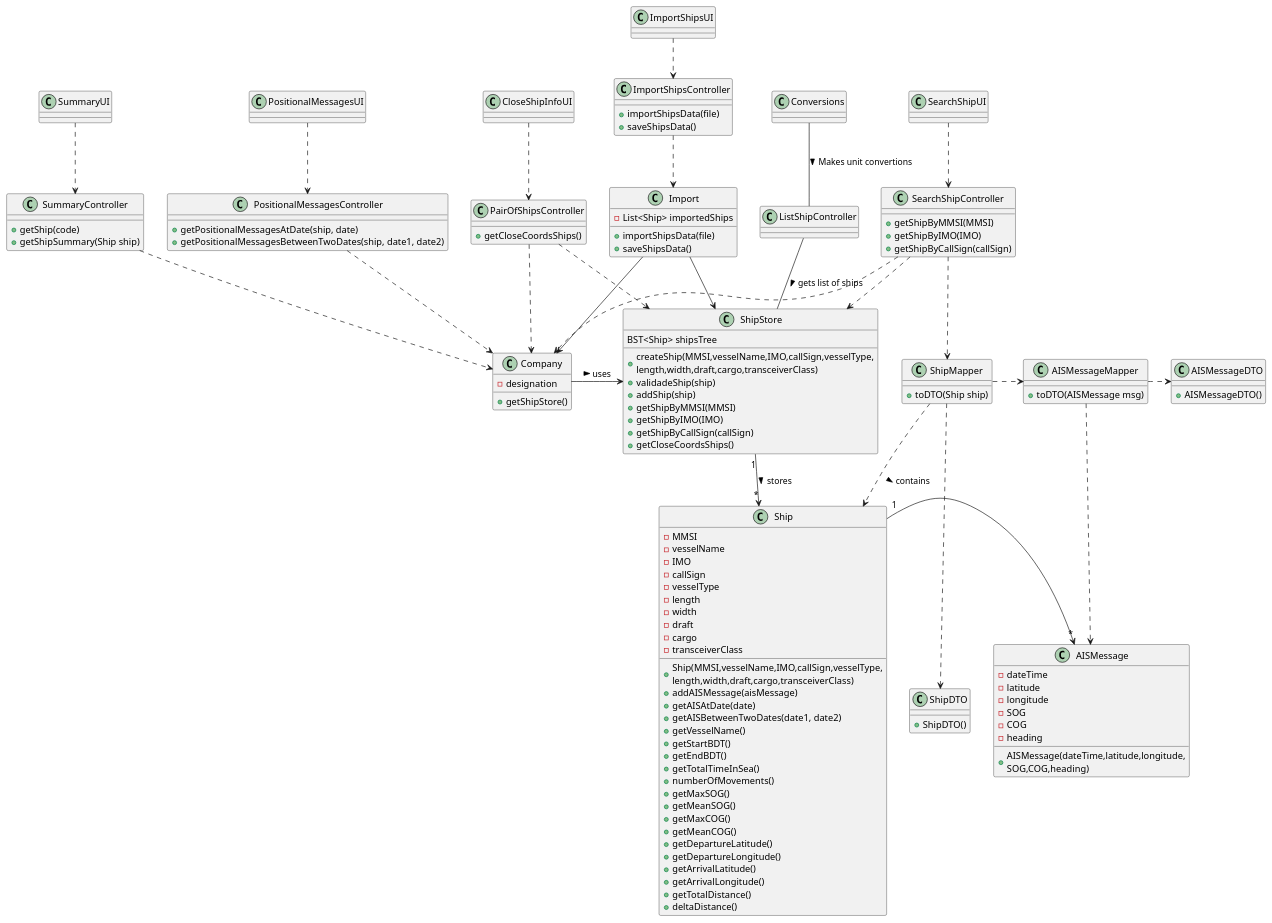
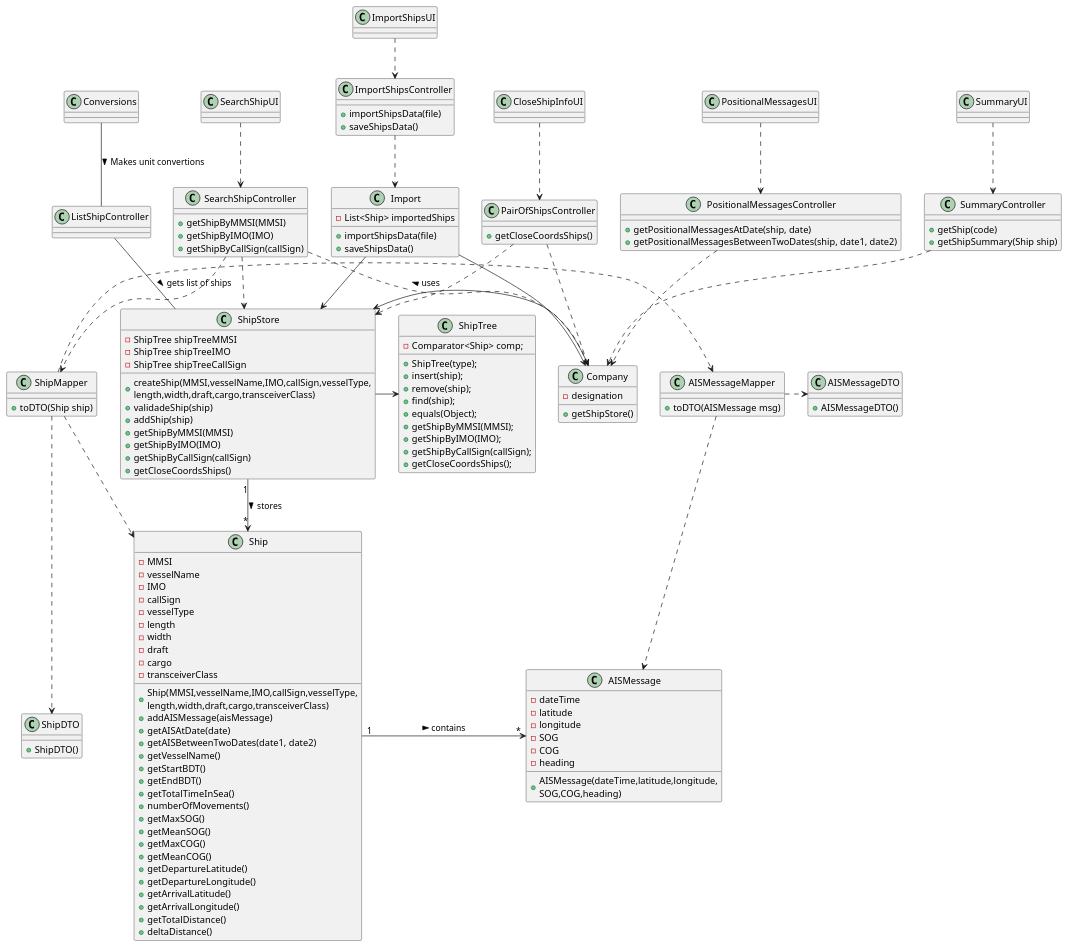
One commit to mpoboas/lapr3-2021-g102 changed the diagram in docs/Sprint1/General Class Diagram.puml. Above: the diagram before and after it, drawn with PlantUML. The commit also changed 5 other files, not shown here.

Commit message:
Added the shipTree class to some diagrams

```diff
--- a/docs/Sprint1/General Class Diagram.puml
+++ b/docs/Sprint1/General Class Diagram.puml
@@ -1,164 +1,178 @@
 @startuml
 'https://plantuml.com/class-diagram
 
 class Company {
 -designation
 +getShipStore()
 }
 
 class ShipStore{
-BST<Ship> shipsTree
+-ShipTree shipTreeMMSI
+-ShipTree shipTreeIMO
+-ShipTree shipTreeCallSign
 +createShip(MMSI,vesselName,IMO,callSign,vesselType,\nlength,width,draft,cargo,transceiverClass)
 +validadeShip(ship)
 +addShip(ship)
 +getShipByMMSI(MMSI)
 +getShipByIMO(IMO)
 +getShipByCallSign(callSign)
 +getCloseCoordsShips()
 }
 
 
 class Ship{
 -MMSI
 -vesselName
 -IMO
 -callSign
 -vesselType
 -length
 -width
 -draft
 -cargo
 -transceiverClass
 +Ship(MMSI,vesselName,IMO,callSign,vesselType,\nlength,width,draft,cargo,transceiverClass)
 +addAISMessage(aisMessage)
 +getAISAtDate(date)
 +getAISBetweenTwoDates(date1, date2)
 +getVesselName()
 +getStartBDT()
 +getEndBDT()
 +getTotalTimeInSea()
 +numberOfMovements()
 +getMaxSOG()
 +getMeanSOG()
 +getMaxCOG()
 +getMeanCOG()
 +getDepartureLatitude()
 +getDepartureLongitude()
 +getArrivalLatitude()
 +getArrivalLongitude()
 +getTotalDistance()
 +deltaDistance()
 }
 
+class ShipTree{
+-Comparator<Ship> comp;
++ShipTree(type);
++insert(ship);
++remove(ship);
++find(ship);
++equals(Object);
++getShipByMMSI(MMSI);
++getShipByIMO(IMO);
++getShipByCallSign(callSign);
++getCloseCoordsShips();
+}
 class AISMessage{
 -dateTime
 -latitude
 -longitude
 -SOG
 -COG
 -heading
 +AISMessage(dateTime,latitude,longitude,\nSOG,COG,heading)
 }
 class ImportShipsUI {
 }
 
 
 class ImportShipsController {
 +importShipsData(file)
 +saveShipsData()
 }
 
 class Import{
 -List<Ship> importedShips
 +importShipsData(file)
 +saveShipsData()
 }
 
 class SearchShipController {
 +getShipByMMSI(MMSI)
 +getShipByIMO(IMO)
 +getShipByCallSign(callSign)
 }
 
 class SearchShipUI {
 }
 class ShipDTO{
 +ShipDTO()
 }
 class ShipMapper{
 +toDTO(Ship ship)
 }
 class AISMessageDTO{
 +AISMessageDTO()
 }
 class AISMessageMapper{
 +toDTO(AISMessage msg)
 }
 
 class PositionalMessagesController {
 +getPositionalMessagesAtDate(ship, date)
 +getPositionalMessagesBetweenTwoDates(ship, date1, date2)
 
 }
 class PositionalMessagesUI {
 }
 
 class SummaryController {
 +getShip(code)
 +getShipSummary(Ship ship)
 
 }
 class SummaryUI {
 }
 
 class ListShipController
 class Conversions
 
 class CloseShipInfoUI {
 }
 
 class PairOfShipsController {
 +getCloseCoordsShips()
 }
 
 
 ImportShipsUI ..> ImportShipsController
 ImportShipsController ..> Import
 
 SearchShipUI ..> SearchShipController
 SearchShipController ..> Company
 SearchShipController ..> ShipMapper
 SearchShipController .> ShipStore
 
 PositionalMessagesUI ..> PositionalMessagesController
 PositionalMessagesController ..> Company
 
 SummaryUI ..> SummaryController
 SummaryController ..> Company
 
 Conversions -- ListShipController: Makes unit convertions >
 ListShipController -- ShipStore : gets list of ships >
 
 CloseShipInfoUI ..> PairOfShipsController
 PairOfShipsController ..> Company
 PairOfShipsController ..> ShipStore
 
 Import --> Company
 Import -> ShipStore
 Company -> ShipStore : uses >
 ShipStore "1" ->  "*" Ship: stores >
 Ship "1" -> "*" AISMessage: contains >
-
+ShipStore -> ShipTree
 
 
 ShipMapper ..> ShipDTO
 ShipMapper .> AISMessageMapper
 ShipMapper ..> Ship
 AISMessageMapper ..> AISMessage
 AISMessageMapper .> AISMessageDTO
 
 
 
 
 
 @enduml
```
